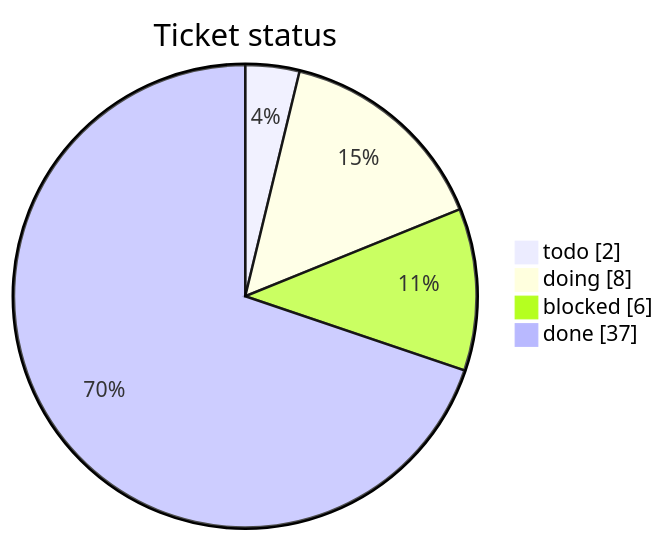
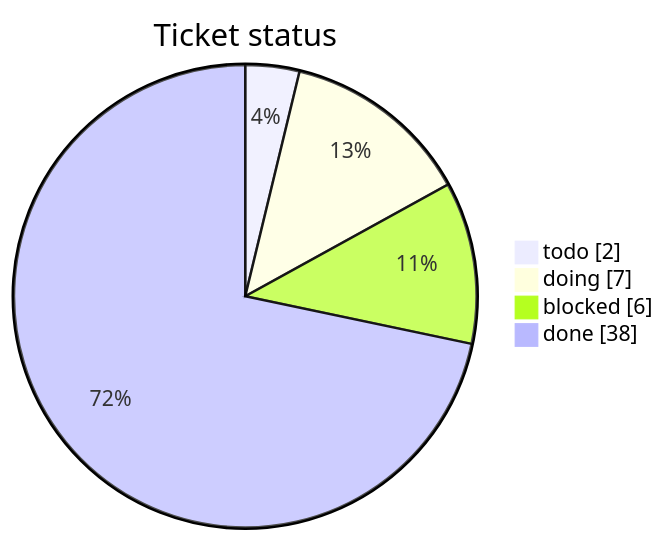
One commit to mohamed-soubhi/bootlab-esp changed the first of 3 diagrams in tickets/TICKETS.md. Above: the diagram before and after it, drawn with Mermaid. The commit also changed other lines of this file and 6 other files, not shown here.

````diff
--- a/tickets/TICKETS.md
+++ b/tickets/TICKETS.md
@@ -14,7 +14,7 @@
 ```mermaid
 pie showData title Ticket status
     "todo" : 2
-    "doing" : 8
+    "doing" : 7
     "blocked" : 6
-    "done" : 37
+    "done" : 38
 ```
````
